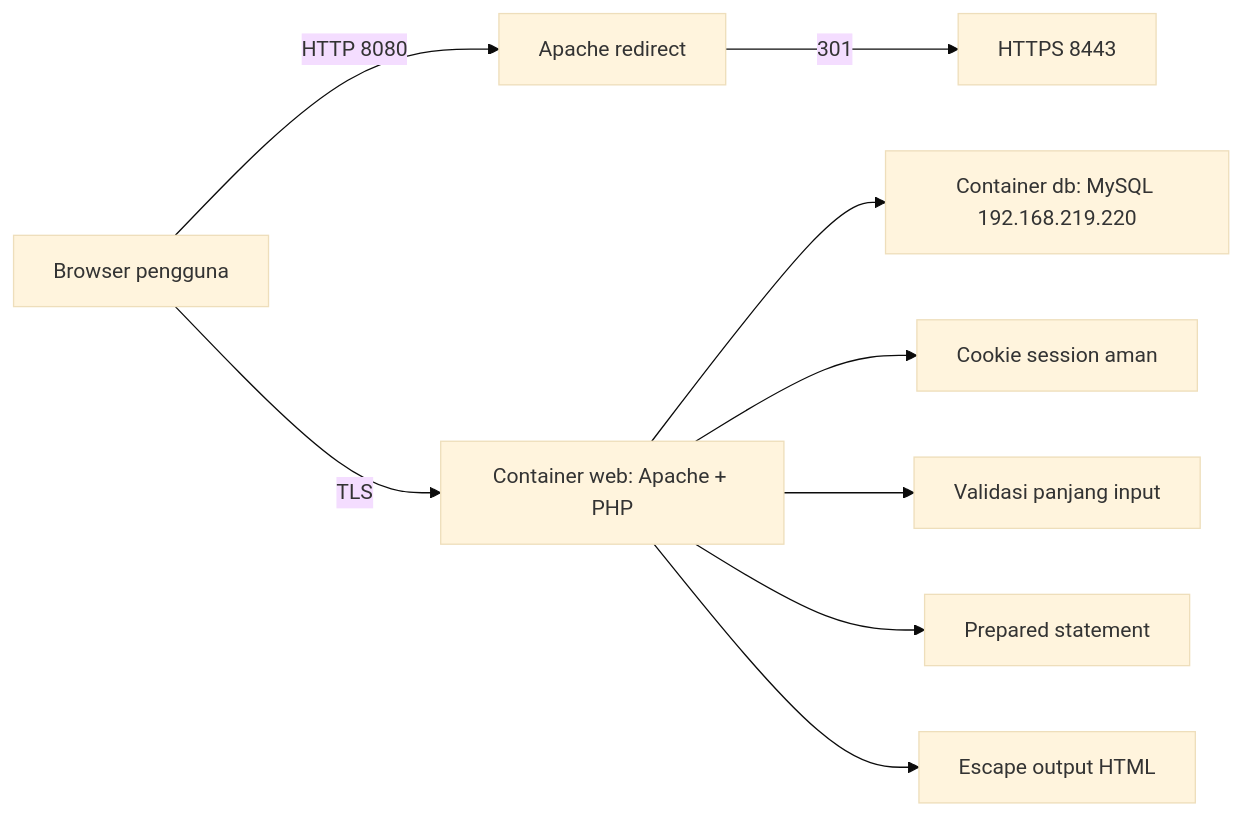
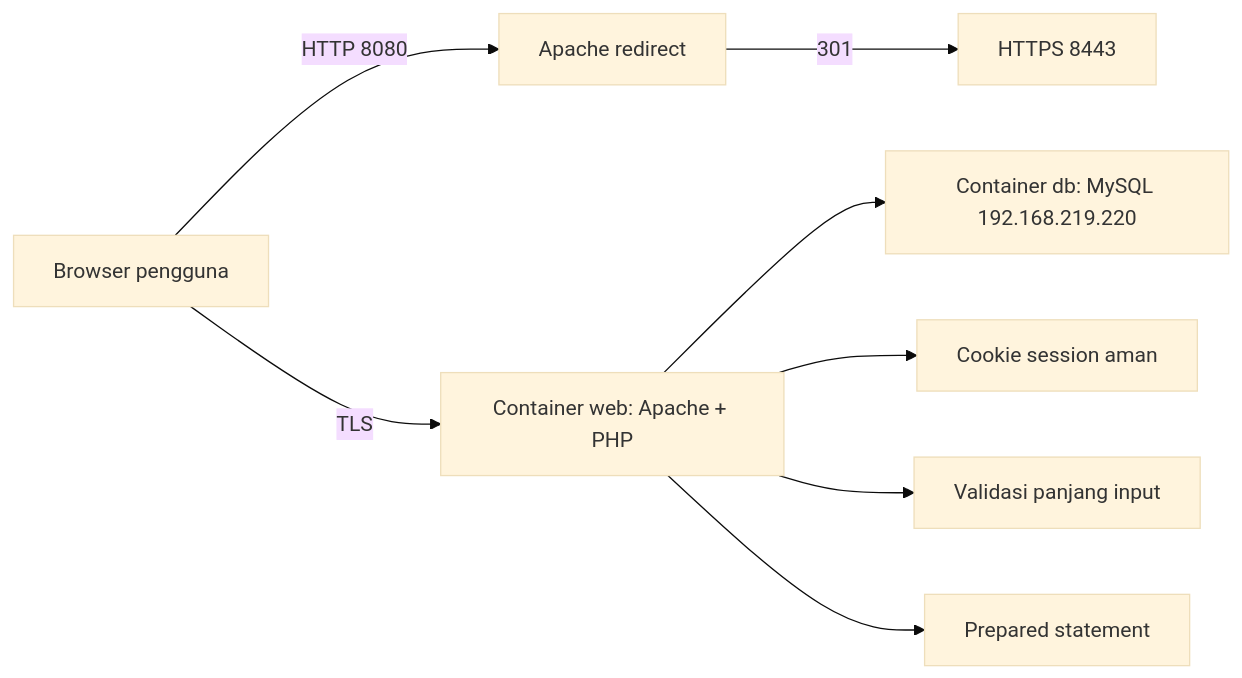
Before and after one commit to ArdeezYy/mawang_clo2: the diagram in docs/DOKUMENTASI_APLIKASI.md, drawn with Mermaid (base theme). The commit also changed other lines of this file and 6 other files, not shown here.

````diff
--- a/docs/DOKUMENTASI_APLIKASI.md
+++ b/docs/DOKUMENTASI_APLIKASI.md
@@ -52,11 +51,10 @@
 ```mermaid
 flowchart LR
     Browser["Browser pengguna"] -->|HTTP 8080| Redirect["Apache redirect"]
     Redirect -->|301| HTTPS["HTTPS 8443"]
     Browser -->|TLS| Web["Container web: Apache + PHP"]
     Web --> DB["Container db: MySQL 192.168.219.220"]
     Web --> Session["Cookie session aman"]
     Web --> Limit["Validasi panjang input"]
     Web --> SQLi["Prepared statement"]
-    Web --> XSS["Escape output HTML"]
 ```
````
